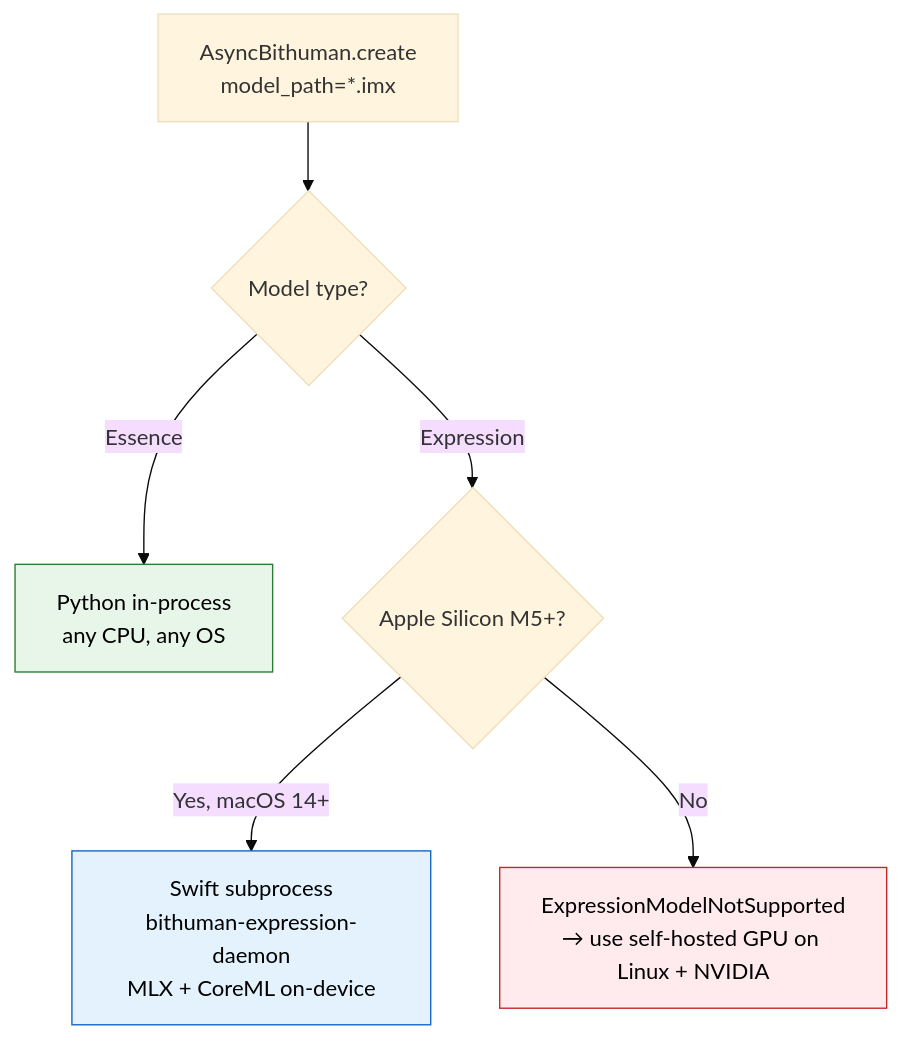
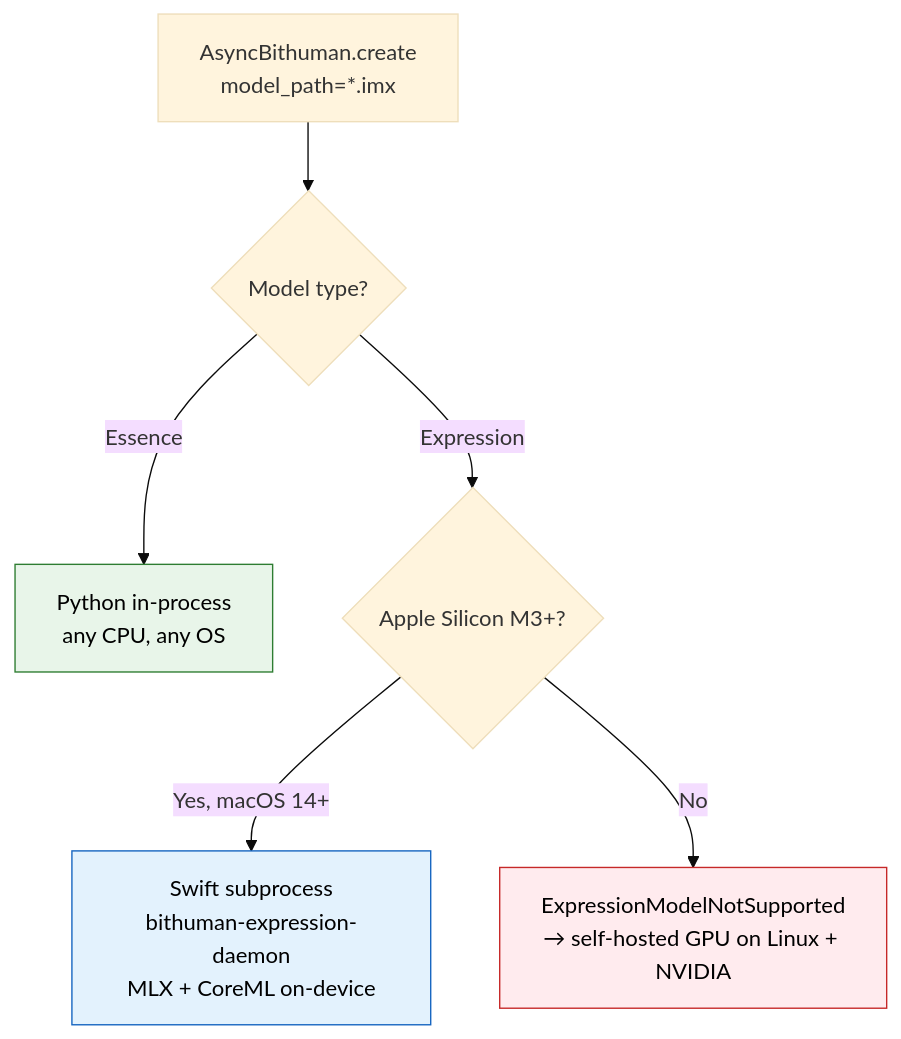
One commit to bithuman-product/bithuman-examples changed the diagram in bithuman-docs/examples/apple-expression.mdx. Above: the diagram before and after it, drawn with Mermaid (base theme). The commit also changed other lines of this file and 7 other files, not shown here.

````diff
--- a/bithuman-docs/examples/apple-expression.mdx
+++ b/bithuman-docs/examples/apple-expression.mdx
@@ -27,12 +155,12 @@
 ```mermaid
 flowchart TD
     A[AsyncBithuman.create\nmodel_path=*.imx] --> B{Model type?}
     B -->|Essence| C[Python in-process\nany CPU, any OS]
-    B -->|Expression| D{Apple Silicon M5+?}
+    B -->|Expression| D{Apple Silicon M3+?}
     D -->|Yes, macOS 14+| E[Swift subprocess\nbithuman-expression-daemon\nMLX + CoreML on-device]
-    D -->|No| F[ExpressionModelNotSupported\n→ use self-hosted GPU on Linux + NVIDIA]
+    D -->|No| F[ExpressionModelNotSupported\n→ self-hosted GPU on Linux + NVIDIA]
 
     style C fill:#e8f5e9,stroke:#2e7d32,color:#000
     style E fill:#e3f2fd,stroke:#1565c0,color:#000
     style F fill:#ffebee,stroke:#c62828,color:#000
 ```
````
